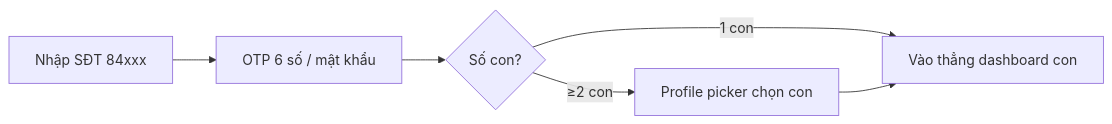
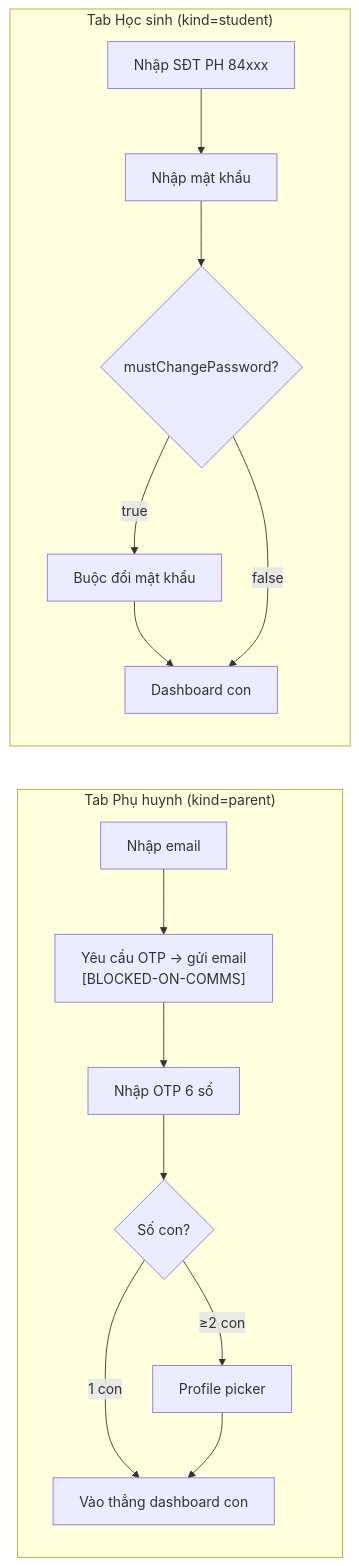
The seventh of 9 diagrams in docs/24-workflow-spec-p1.md (manhquydev/cmc_edu), drawn with Mermaid before and after one commit. The commit also changed other lines of this file and 152 other files, not shown here.

````diff
--- a/docs/24-workflow-spec-p1.md
+++ b/docs/24-workflow-spec-p1.md
@@ -187,7 +189,15 @@
 ```mermaid
 flowchart LR
-    A["Nhập SĐT 84xxx"] --> B["OTP 6 số / mật khẩu"]
-    B --> C{"Số con?"}
-    C -->|1 con| D["Vào thẳng dashboard con"]
-    C -->|≥2 con| E["Profile picker chọn con"] --> D
+    subgraph PH["Tab Phụ huynh (kind=parent)"]
+        A1["Nhập email"] --> B1["Yêu cầu OTP → gửi email\n[BLOCKED-ON-COMMS]"]
+        B1 --> C1["Nhập OTP 6 số"] --> D1{"Số con?"}
+        D1 -->|1 con| E1["Vào thẳng dashboard con"]
+        D1 -->|≥2 con| F1["Profile picker"] --> E1
+    end
+    subgraph HS["Tab Học sinh (kind=student)"]
+        A2["Nhập SĐT PH 84xxx"] --> B2["Nhập mật khẩu"]
+        B2 --> C2{"mustChangePassword?"}
+        C2 -->|true| D2["Buộc đổi mật khẩu"] --> E2["Dashboard con"]
+        C2 -->|false| E2
+    end
 ```
````
